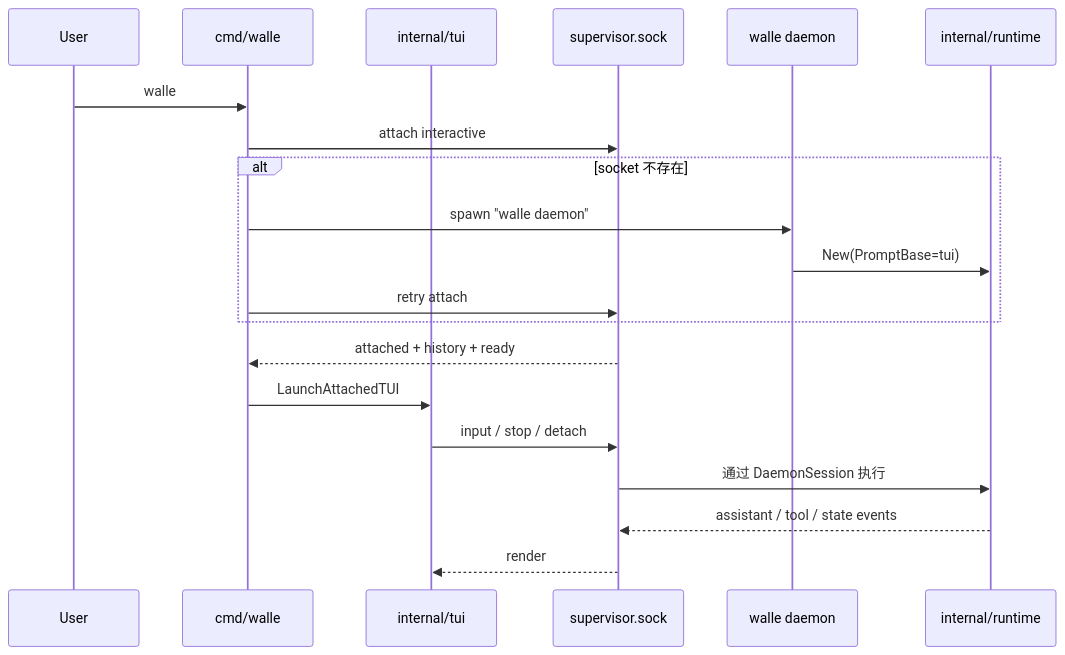
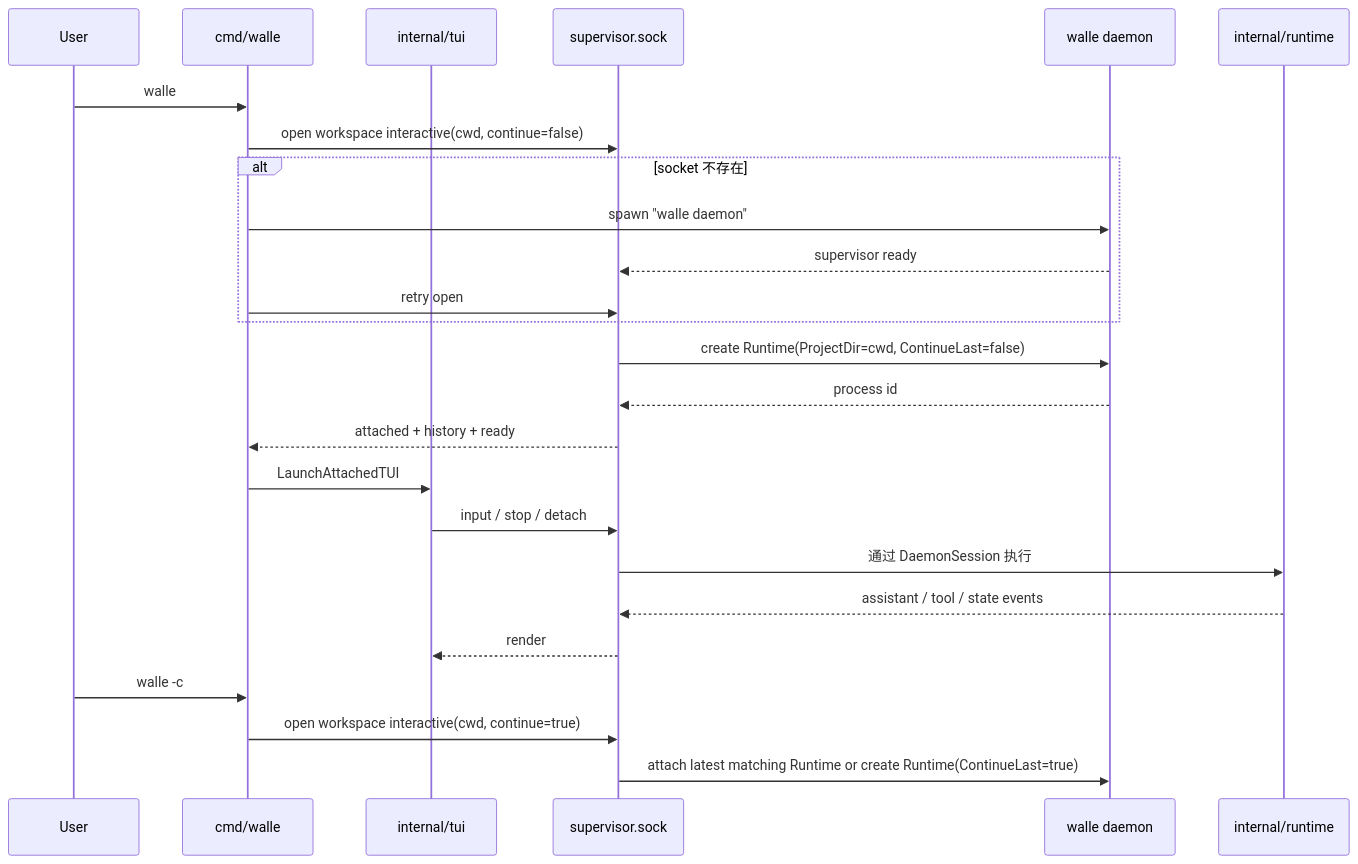
One commit to Ozqi/5hAgent changed the diagram in .spec/entry.md. Above: the diagram before and after it, drawn with Mermaid. The commit also changed other lines of this file and 43 other files, not shown here.

Commit message:
refactor(runtime): rename supervisor to agentd

````diff
--- a/.spec/entry.md
+++ b/.spec/entry.md
@@ -10,23 +24,29 @@
 ```mermaid
 sequenceDiagram
   participant User
   participant CLI as cmd/walle
   participant TUI as internal/tui
   participant Socket as supervisor.sock
   participant Daemon as walle daemon
   participant Runtime as internal/runtime
 
   User->>CLI: walle
-  CLI->>Socket: attach interactive
+  CLI->>Socket: open workspace interactive(cwd, continue=false)
   alt socket 不存在
     CLI->>Daemon: spawn "walle daemon"
-    Daemon->>Runtime: New(PromptBase=tui)
-    CLI->>Socket: retry attach
+    Daemon-->>Socket: supervisor ready
+    CLI->>Socket: retry open
   end
+  Socket->>Daemon: create Runtime(ProjectDir=cwd, ContinueLast=false)
+  Daemon-->>Socket: process id
   Socket-->>CLI: attached + history + ready
   CLI->>TUI: LaunchAttachedTUI
   TUI->>Socket: input / stop / detach
   Socket->>Runtime: 通过 DaemonSession 执行
   Runtime-->>Socket: assistant / tool / state events
   Socket-->>TUI: render
+
+  User->>CLI: walle -c
+  CLI->>Socket: open workspace interactive(cwd, continue=true)
+  Socket->>Daemon: attach latest matching Runtime or create Runtime(ContinueLast=true)
 ```
````
